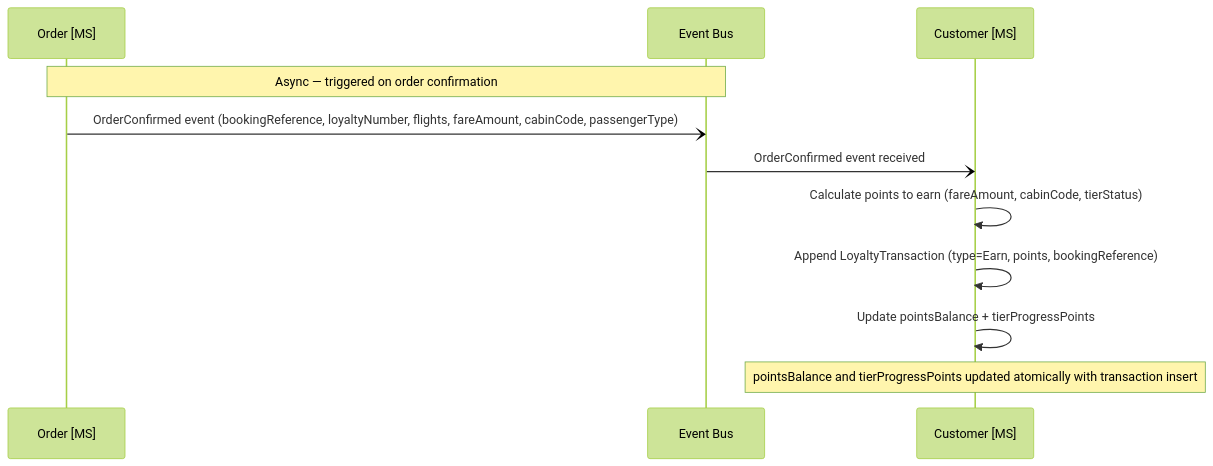
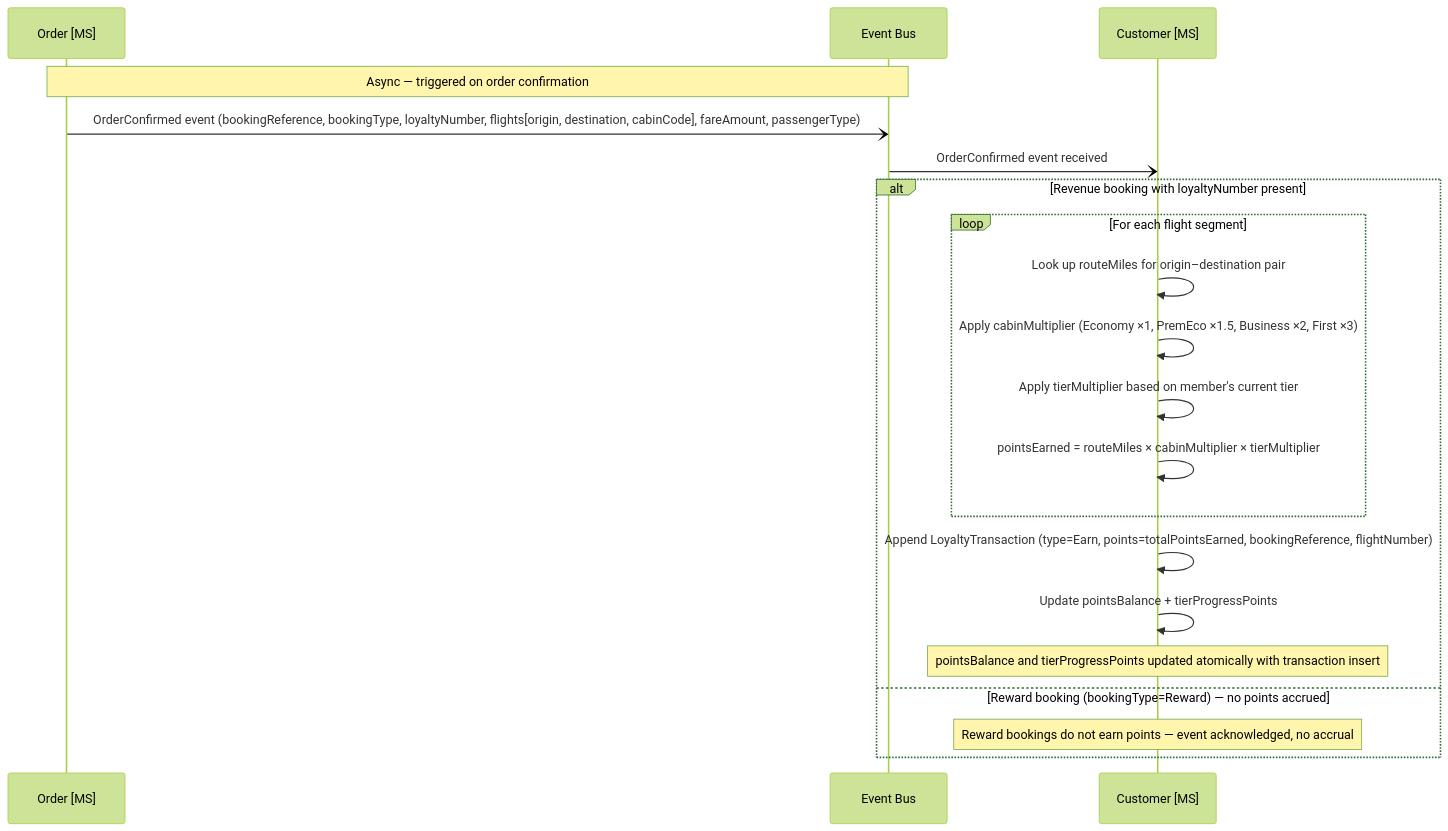
Diagram 23 of 27 in documentation/design.md (sebharvey/airline-reservation-system), drawn with Mermaid (forest theme) before and after one commit. The commit also changed other lines of this file, not shown here.

````diff
--- a/documentation/design.md
+++ b/documentation/design.md
@@ -2925,16 +2983,25 @@
 ```mermaid
 sequenceDiagram
     participant OrderMS as Order [MS]
     participant EventBus as Event Bus
     participant CustomerMS as Customer [MS]
 
     Note over OrderMS, EventBus: Async — triggered on order confirmation
-    OrderMS-)EventBus: OrderConfirmed event (bookingReference, loyaltyNumber, flights, fareAmount, cabinCode, passengerType)
+    OrderMS-)EventBus: OrderConfirmed event (bookingReference, bookingType, loyaltyNumber, flights[origin, destination, cabinCode], fareAmount, passengerType)
 
     EventBus-)CustomerMS: OrderConfirmed event received
 
-    CustomerMS->>CustomerMS: Calculate points to earn (fareAmount, cabinCode, tierStatus)
-    CustomerMS->>CustomerMS: Append LoyaltyTransaction (type=Earn, points, bookingReference)
-    CustomerMS->>CustomerMS: Update pointsBalance + tierProgressPoints
-    Note over CustomerMS: pointsBalance and tierProgressPoints updated atomically with transaction insert
+    alt Revenue booking with loyaltyNumber present
+        loop For each flight segment
+            CustomerMS->>CustomerMS: Look up routeMiles for origin–destination pair
+            CustomerMS->>CustomerMS: Apply cabinMultiplier (Economy ×1, PremEco ×1.5, Business ×2, First ×3)
+            CustomerMS->>CustomerMS: Apply tierMultiplier based on member's current tier
+            CustomerMS->>CustomerMS: pointsEarned = routeMiles × cabinMultiplier × tierMultiplier
+        end
+        CustomerMS->>CustomerMS: Append LoyaltyTransaction (type=Earn, points=totalPointsEarned, bookingReference, flightNumber)
+        CustomerMS->>CustomerMS: Update pointsBalance + tierProgressPoints
+        Note over CustomerMS: pointsBalance and tierProgressPoints updated atomically with transaction insert
+    else Reward booking (bookingType=Reward) — no points accrued
+        Note over CustomerMS: Reward bookings do not earn points — event acknowledged, no accrual
+    end
 ```
````
